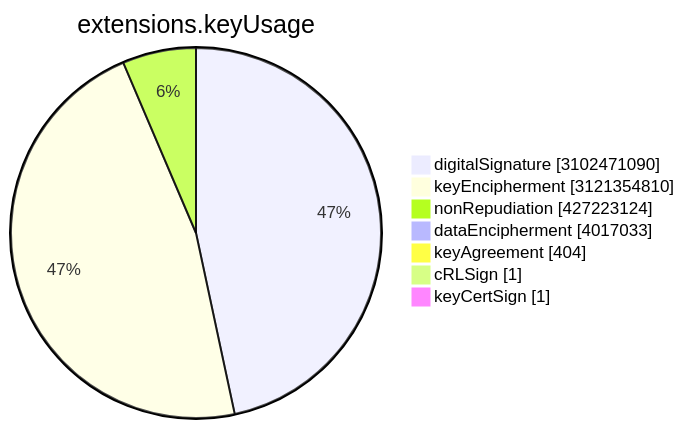
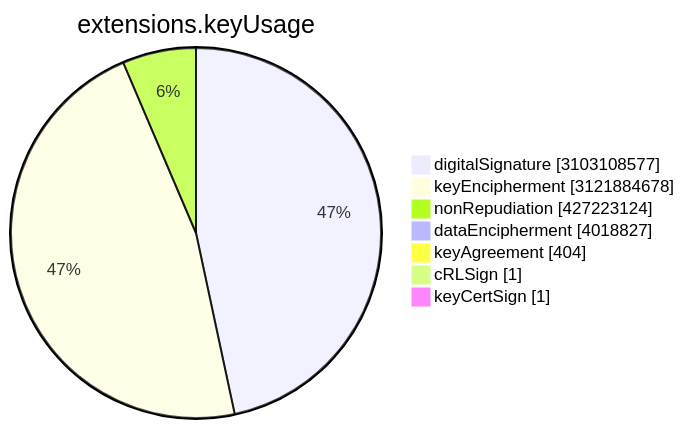
One commit to christiankrug/ctmonitor_visualization changed the sixth of 15 diagrams in TOTAL/README.md. Above: the diagram before and after it, drawn with Mermaid. The commit also changed other lines of this file, not shown here.

````diff
--- a/TOTAL/README.md
+++ b/TOTAL/README.md
@@ -3077,11 +3077,11 @@
 ```mermaid
 pie showData
 title extensions.keyUsage
-"digitalSignature" :3102471090
-"keyEncipherment" :3121354810
+"digitalSignature" :3103108577
+"keyEncipherment" :3121884678
 "nonRepudiation" :427223124
-"dataEncipherment" :4017033
+"dataEncipherment" :4018827
 "keyAgreement" :404
 "cRLSign" :1
 "keyCertSign" :1
 ```
````
